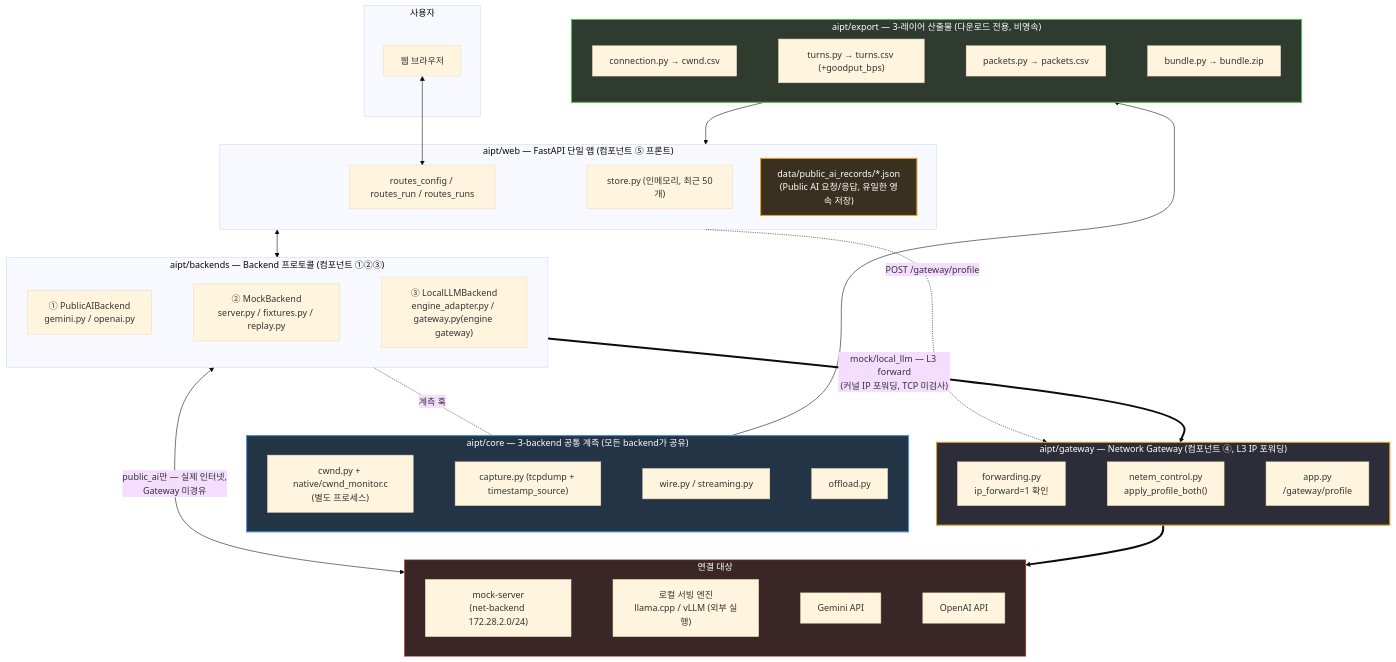
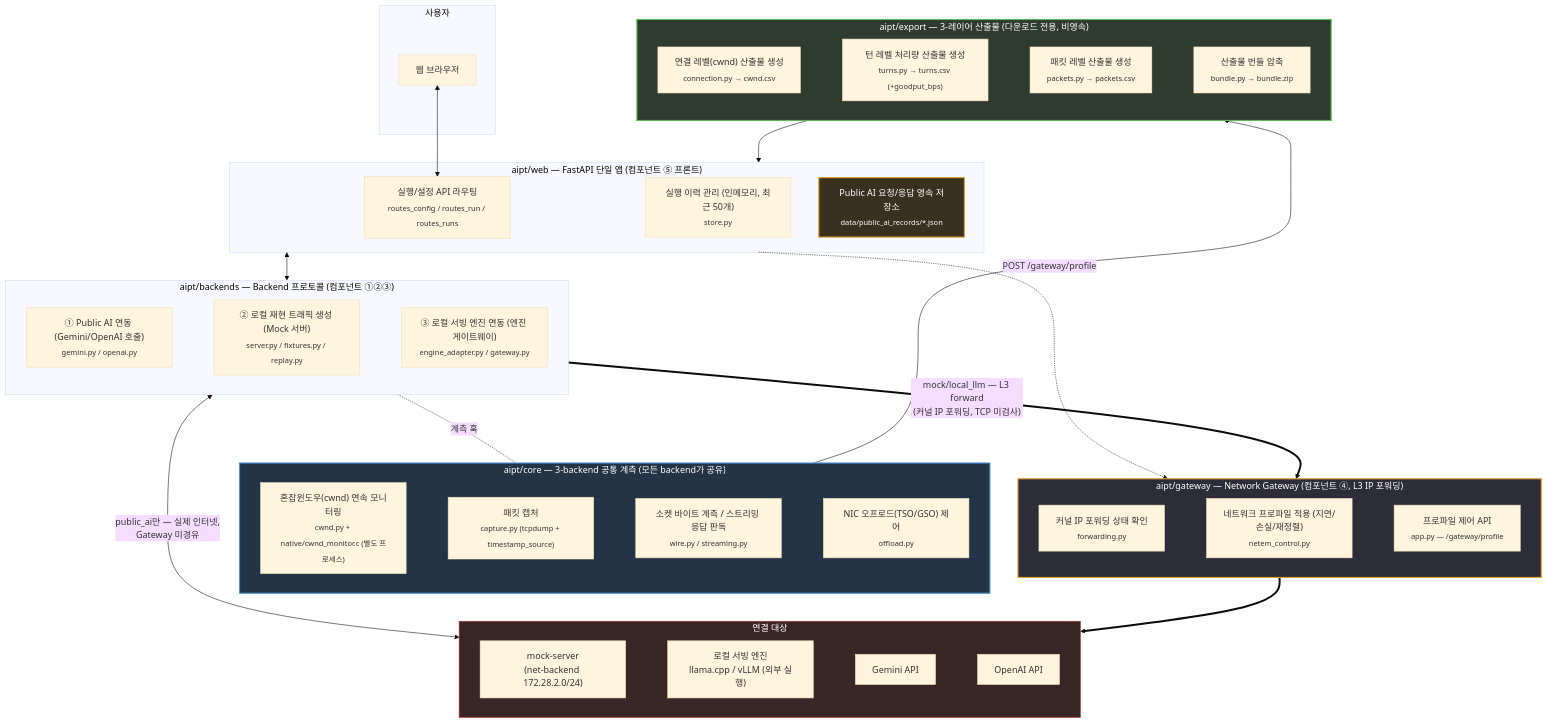
Before and after one commit to sangrokhan/remote_work: the first of 4 diagrams in AIPT/ARCHITECTURE.md, drawn with Mermaid (base theme).

Commit message:
docs(AIPT): rename architecture diagram blocks to function-based labels
파일명 대신 기능 설명 위주로 다이어그램 노드 라벨 변경, 파일명은
서브텍스트로 유지하여 코드 위치 추적 가능하도록 함

````diff
--- a/AIPT/ARCHITECTURE.md
+++ b/AIPT/ARCHITECTURE.md
@@ -13,73 +13,73 @@
 ```mermaid
 flowchart TB
     subgraph USER["사용자"]
         Browser["웹 브라우저"]
     end
 
     subgraph WEBAPP["aipt/web — FastAPI 단일 앱 (컴포넌트 ⑤ 프론트)"]
-        Routes["routes_config / routes_run / routes_runs"]
-        Store["store.py (인메모리, 최근 50개)"]
-        Records["data/public_ai_records/*.json<br/>(Public AI 요청/응답, 유일한 영속 저장)"]
+        Routes["실행/설정 API 라우팅<br/><sub>routes_config / routes_run / routes_runs</sub>"]
+        Store["실행 이력 관리 (인메모리, 최근 50개)<br/><sub>store.py</sub>"]
+        Records["Public AI 요청/응답 영속 저장소<br/><sub>data/public_ai_records/*.json</sub>"]
     end
 
     subgraph CORE["aipt/core — 3-backend 공통 계측 (모든 backend가 공유)"]
         direction LR
-        Cwnd["cwnd.py + native/cwnd_monitor.c<br/>(별도 프로세스)"]
-        Capture["capture.py (tcpdump + timestamp_source)"]
-        Wire["wire.py / streaming.py"]
-        Offload["offload.py"]
+        Cwnd["혼잡윈도우(cwnd) 연속 모니터링<br/><sub>cwnd.py + native/cwnd_monitor.c (별도 프로세스)</sub>"]
+        Capture["패킷 캡처<br/><sub>capture.py (tcpdump + timestamp_source)</sub>"]
+        Wire["소켓 바이트 계측 / 스트리밍 응답 판독<br/><sub>wire.py / streaming.py</sub>"]
+        Offload["NIC 오프로드(TSO/GSO) 제어<br/><sub>offload.py</sub>"]
         Cwnd ~~~ Capture ~~~ Wire ~~~ Offload
     end
 
     subgraph BACKENDS["aipt/backends — Backend 프로토콜 (컴포넌트 ①②③)"]
         direction LR
-        PublicAI["① PublicAIBackend<br/>gemini.py / openai.py"]
-        Mock["② MockBackend<br/>server.py / fixtures.py / replay.py"]
-        LocalLLM["③ LocalLLMBackend<br/>engine_adapter.py / gateway.py(engine gateway)"]
+        PublicAI["① Public AI 연동 (Gemini/OpenAI 호출)<br/><sub>gemini.py / openai.py</sub>"]
+        Mock["② 로컬 재현 트래픽 생성 (Mock 서버)<br/><sub>server.py / fixtures.py / replay.py</sub>"]
+        LocalLLM["③ 로컬 서빙 엔진 연동 (엔진 게이트웨이)<br/><sub>engine_adapter.py / gateway.py</sub>"]
         PublicAI ~~~ Mock ~~~ LocalLLM
     end
 
     subgraph GATEWAY["aipt/gateway — Network Gateway (컴포넌트 ④, L3 IP 포워딩)"]
         direction LR
-        Forward["forwarding.py<br/>ip_forward=1 확인"]
-        Netem["netem_control.py<br/>apply_profile_both()"]
-        ProfileAPI["app.py<br/>/gateway/profile"]
+        Forward["커널 IP 포워딩 상태 확인<br/><sub>forwarding.py</sub>"]
+        Netem["네트워크 프로파일 적용 (지연/손실/재정렬)<br/><sub>netem_control.py</sub>"]
+        ProfileAPI["프로파일 제어 API<br/><sub>app.py — /gateway/profile</sub>"]
         Forward ~~~ Netem ~~~ ProfileAPI
     end
 
     subgraph TARGETS["연결 대상"]
         direction LR
         MockNet["mock-server<br/>(net-backend 172.28.2.0/24)"]
         Engine["로컬 서빙 엔진<br/>llama.cpp / vLLM (외부 실행)"]
         Gemini["Gemini API"]
         OpenAI["OpenAI API"]
         MockNet ~~~ Engine ~~~ Gemini ~~~ OpenAI
     end
 
     subgraph EXPORT["aipt/export — 3-레이어 산출물 (다운로드 전용, 비영속)"]
         direction LR
-        Connection["connection.py → cwnd.csv"]
-        Turns["turns.py → turns.csv (+goodput_bps)"]
-        Packets["packets.py → packets.csv"]
-        Bundle["bundle.py → bundle.zip"]
+        Connection["연결 레벨(cwnd) 산출물 생성<br/><sub>connection.py → cwnd.csv</sub>"]
+        Turns["턴 레벨 처리량 산출물 생성<br/><sub>turns.py → turns.csv (+goodput_bps)</sub>"]
+        Packets["패킷 레벨 산출물 생성<br/><sub>packets.py → packets.csv</sub>"]
+        Bundle["산출물 번들 압축<br/><sub>bundle.py → bundle.zip</sub>"]
         Connection ~~~ Turns ~~~ Packets ~~~ Bundle
     end
 
     Browser <--> Routes
 
     WEBAPP <--> BACKENDS
     WEBAPP -.->|"POST /gateway/profile"| GATEWAY
     BACKENDS -. 계측 훅 .- CORE
     CORE --> EXPORT
     EXPORT --> WEBAPP
 
     BACKENDS <-->|"public_ai만 — 실제 인터넷,<br/>Gateway 미경유"| TARGETS
     BACKENDS ==>|"mock/local_llm — L3 forward<br/>(커널 IP 포워딩, TCP 미검사)"| GATEWAY
     GATEWAY ==> TARGETS
 
     style GATEWAY fill:#2d2d3a,stroke:#e0a030,stroke-width:2px,color:#fff
     style CORE fill:#243447,stroke:#4a90d9,stroke-width:2px,color:#fff
     style EXPORT fill:#2f3b2f,stroke:#5cb85c,stroke-width:2px,color:#fff
     style TARGETS fill:#3a2626,stroke:#c0392b,stroke-width:1px,color:#fff
     style Records fill:#3a3020,stroke:#e0a030,stroke-width:2px,color:#fff
 ```
````
